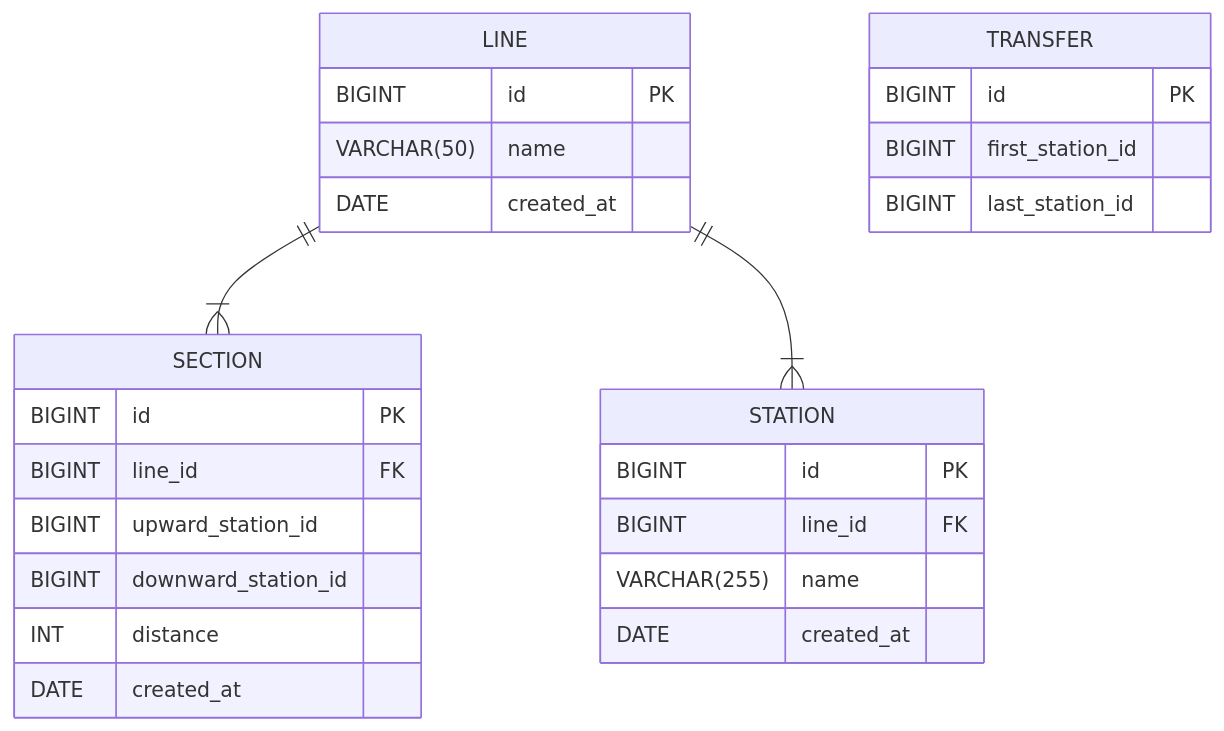
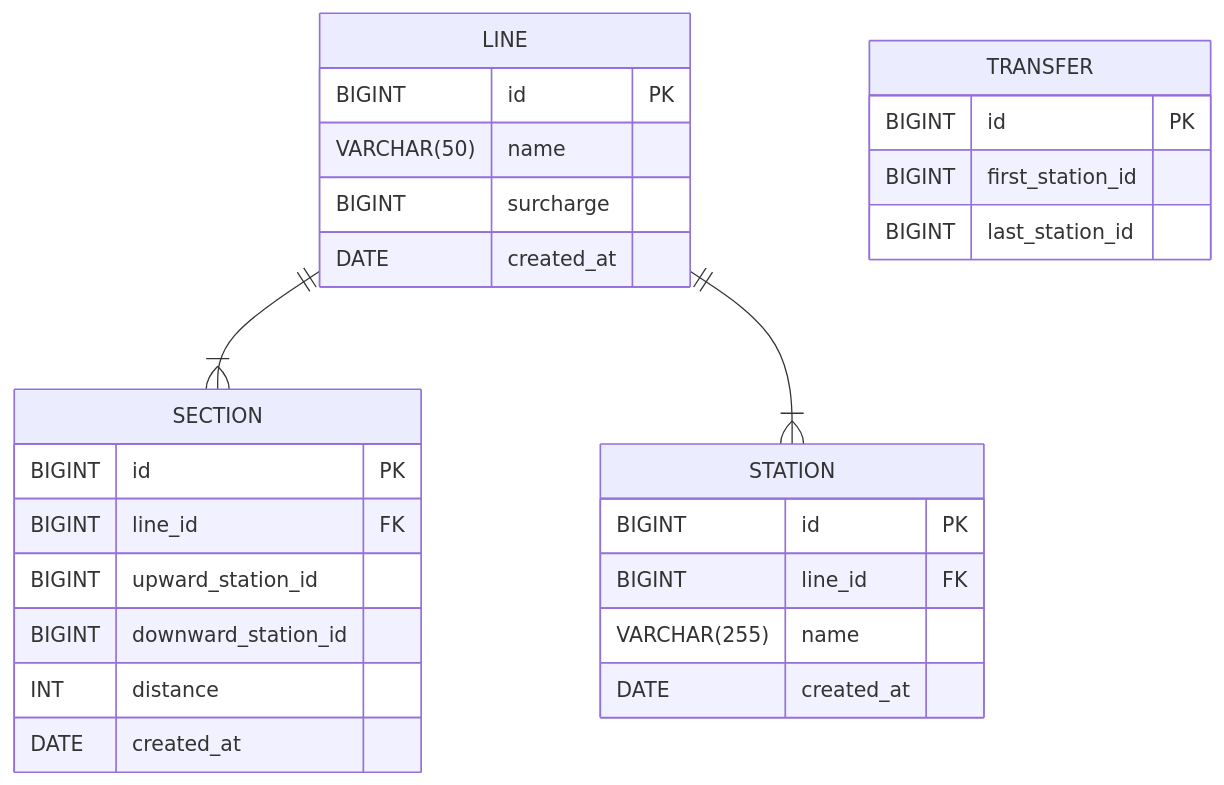
The third of 3 diagrams in README.md (woowacourse/jwp-subway-path), drawn with Mermaid before and after one commit. The commit also changed other lines of this file and 24 other files, not shown here.

````diff
--- a/README.md
+++ b/README.md
@@ -61,29 +61,30 @@
 ```mermaid
 erDiagram
   LINE ||--|{ SECTION : ""
   LINE ||--|{ STATION : ""
   LINE {
 		BIGINT id PK
 		VARCHAR(50) name
+        BIGINT surcharge
         DATE created_at
 	}
     SECTION {
         BIGINT id PK
         BIGINT line_id FK
         BIGINT upward_station_id
         BIGINT downward_station_id
         INT distance
         DATE created_at
     }
     STATION {
         BIGINT id PK
         BIGINT line_id FK
         VARCHAR(255) name
         DATE created_at
     }
     TRANSFER {
         BIGINT id PK
         BIGINT first_station_id
         BIGINT last_station_id
     }
 ```
````
